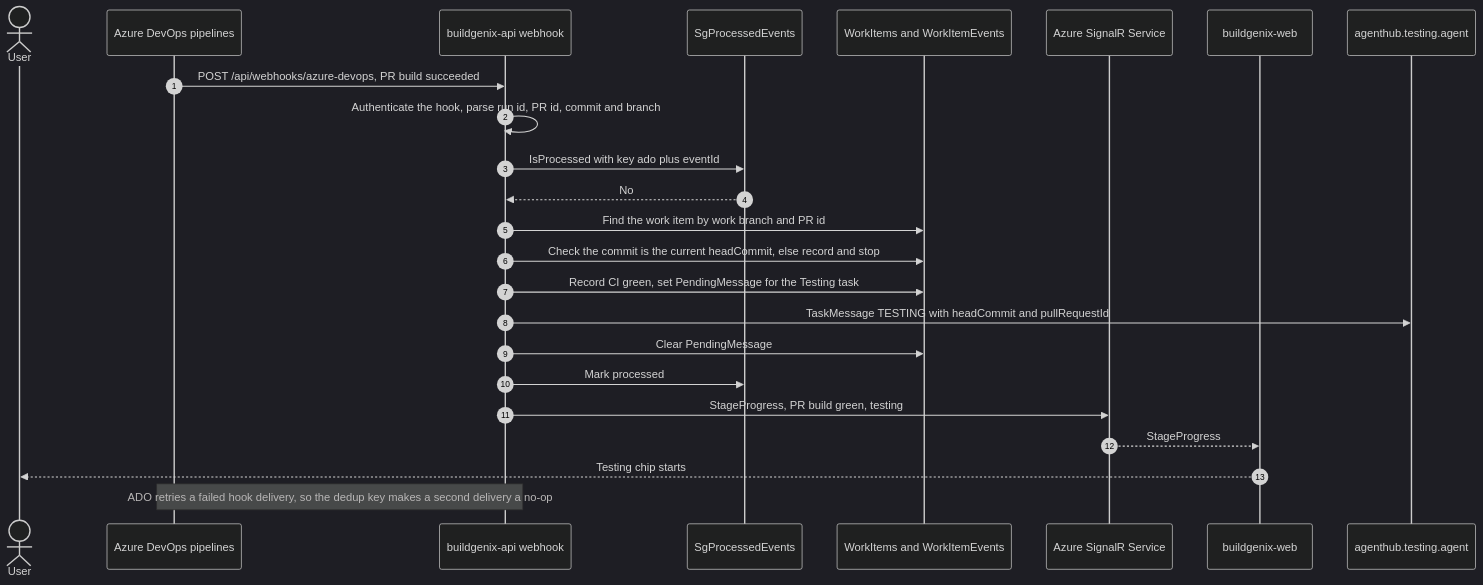
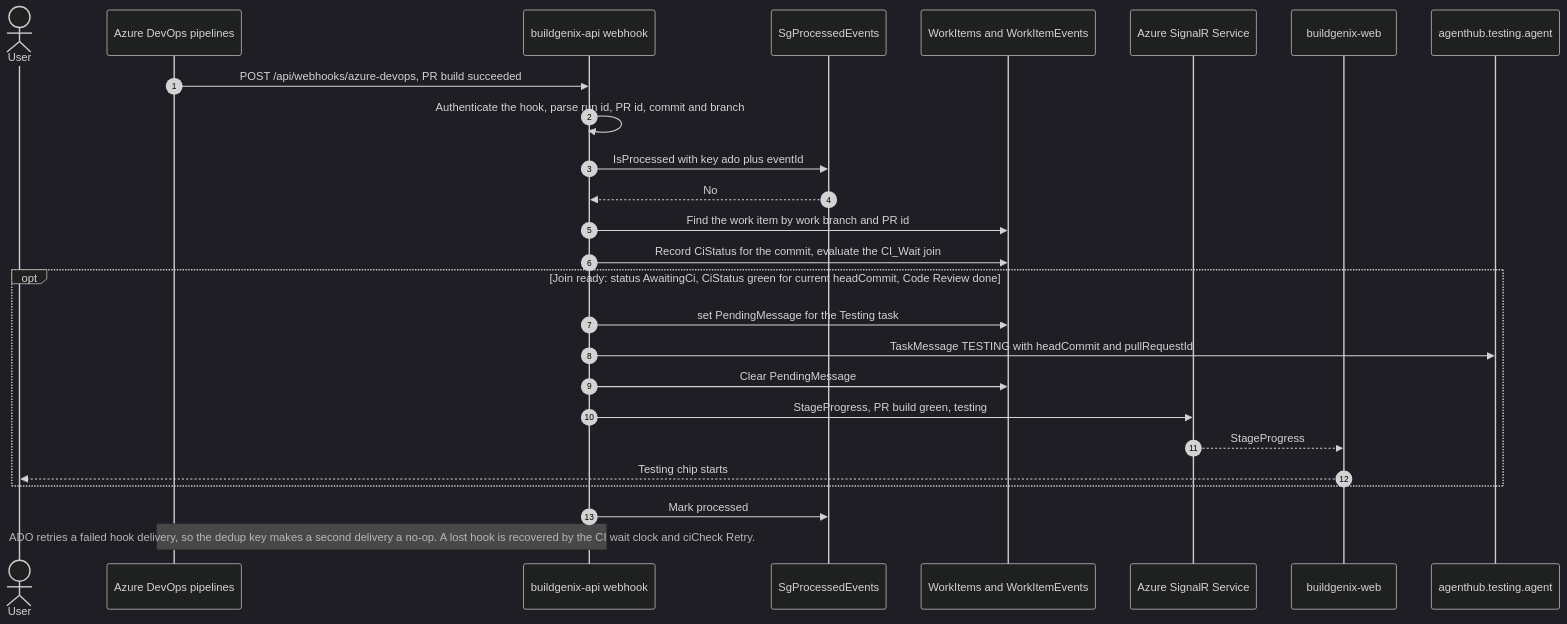
Diagram 26 of 27 in docs/architecture/north-star-system-design.md (badrusiddique/agent-sdlc), drawn with Mermaid (dark theme) before and after one commit. The commit also changed other lines of this file, not shown here.

First line of the commit message:
docs(architecture): finalize North Star Critical leftovers

````diff
--- a/docs/architecture/north-star-system-design.md
+++ b/docs/architecture/north-star-system-design.md
@@ -2160,27 +2185,29 @@
 ```mermaid
 sequenceDiagram
     autonumber
     actor User
     participant ADO as Azure DevOps pipelines
     participant API as buildgenix-api webhook
     participant SGP as SgProcessedEvents
     participant BT as WorkItems and WorkItemEvents
     participant SIG as Azure SignalR Service
     participant WEB as buildgenix-web
     participant TTST as agenthub.testing.agent
 
     ADO->>API: POST /api/webhooks/azure-devops, PR build succeeded
     API->>API: Authenticate the hook, parse run id, PR id, commit and branch
     API->>SGP: IsProcessed with key ado plus eventId
     SGP-->>API: No
     API->>BT: Find the work item by work branch and PR id
-    API->>BT: Check the commit is the current headCommit, else record and stop
-    API->>BT: Record CI green, set PendingMessage for the Testing task
-    API->>TTST: TaskMessage TESTING with headCommit and pullRequestId
-    API->>BT: Clear PendingMessage
+    API->>BT: Record CiStatus for the commit, evaluate the CI_Wait join
+    opt Join ready: status AwaitingCi, CiStatus green for current headCommit, Code Review done
+        API->>BT: set PendingMessage for the Testing task
+        API->>TTST: TaskMessage TESTING with headCommit and pullRequestId
+        API->>BT: Clear PendingMessage
+        API->>SIG: StageProgress, PR build green, testing
+        SIG-->>WEB: StageProgress
+        WEB-->>User: Testing chip starts
+    end
     API->>SGP: Mark processed
-    API->>SIG: StageProgress, PR build green, testing
-    SIG-->>WEB: StageProgress
-    WEB-->>User: Testing chip starts
-    Note over ADO,API: ADO retries a failed hook delivery, so the dedup key makes a second delivery a no-op
+    Note over ADO,API: ADO retries a failed hook delivery, so the dedup key makes a second delivery a no-op. A lost hook is recovered by the CI wait clock and ciCheck Retry.
 ```
````
